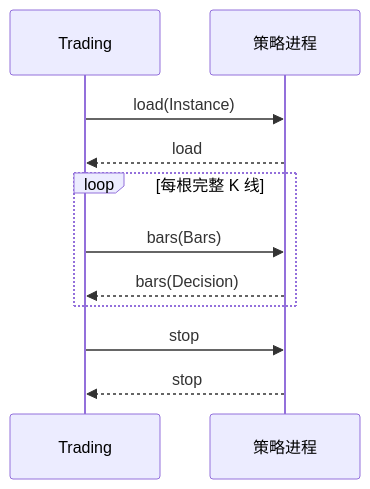
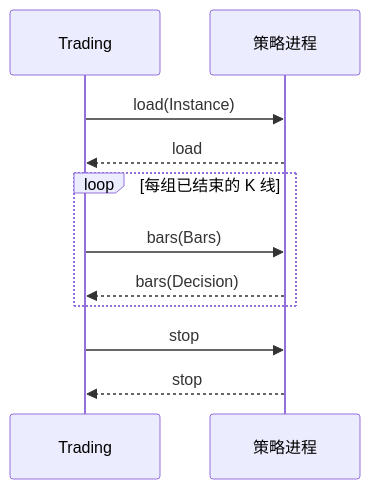
The second of 2 diagrams in docs/protocol.md (isqiwen/asterion-terminal), drawn with Mermaid before and after one commit. The commit also changed other lines of this file and 15 other files, not shown here.

````diff
--- a/docs/protocol.md
+++ b/docs/protocol.md
@@ -190,13 +192,13 @@
 ```mermaid
 sequenceDiagram
     participant Trading
     participant Child as 策略进程
     Trading->>Child: load(Instance)
     Child-->>Trading: load
-    loop 每根完整 K 线
+    loop 每组已结束的 K 线
         Trading->>Child: bars(Bars)
         Child-->>Trading: bars(Decision)
     end
     Trading->>Child: stop
     Child-->>Trading: stop
 ```
````
